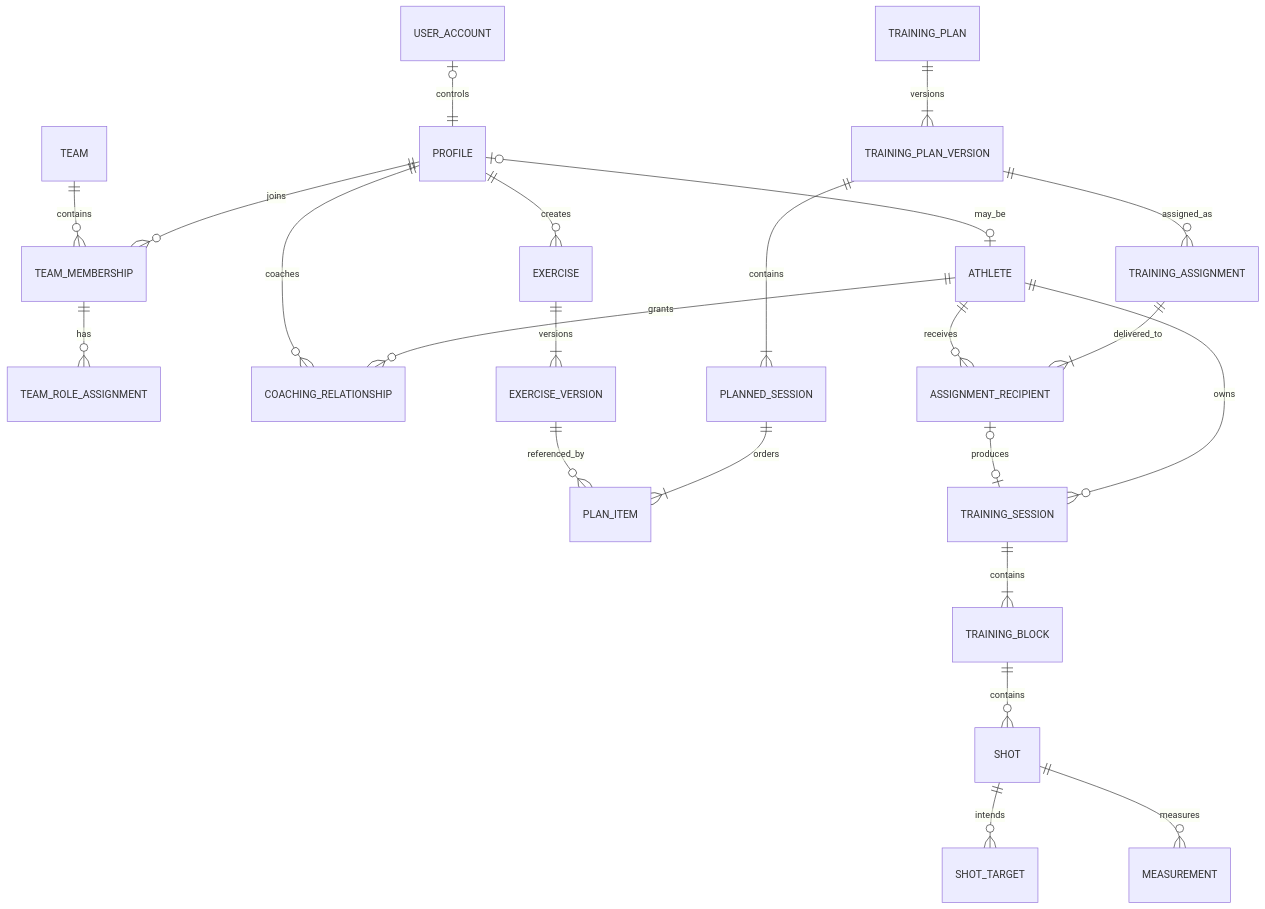
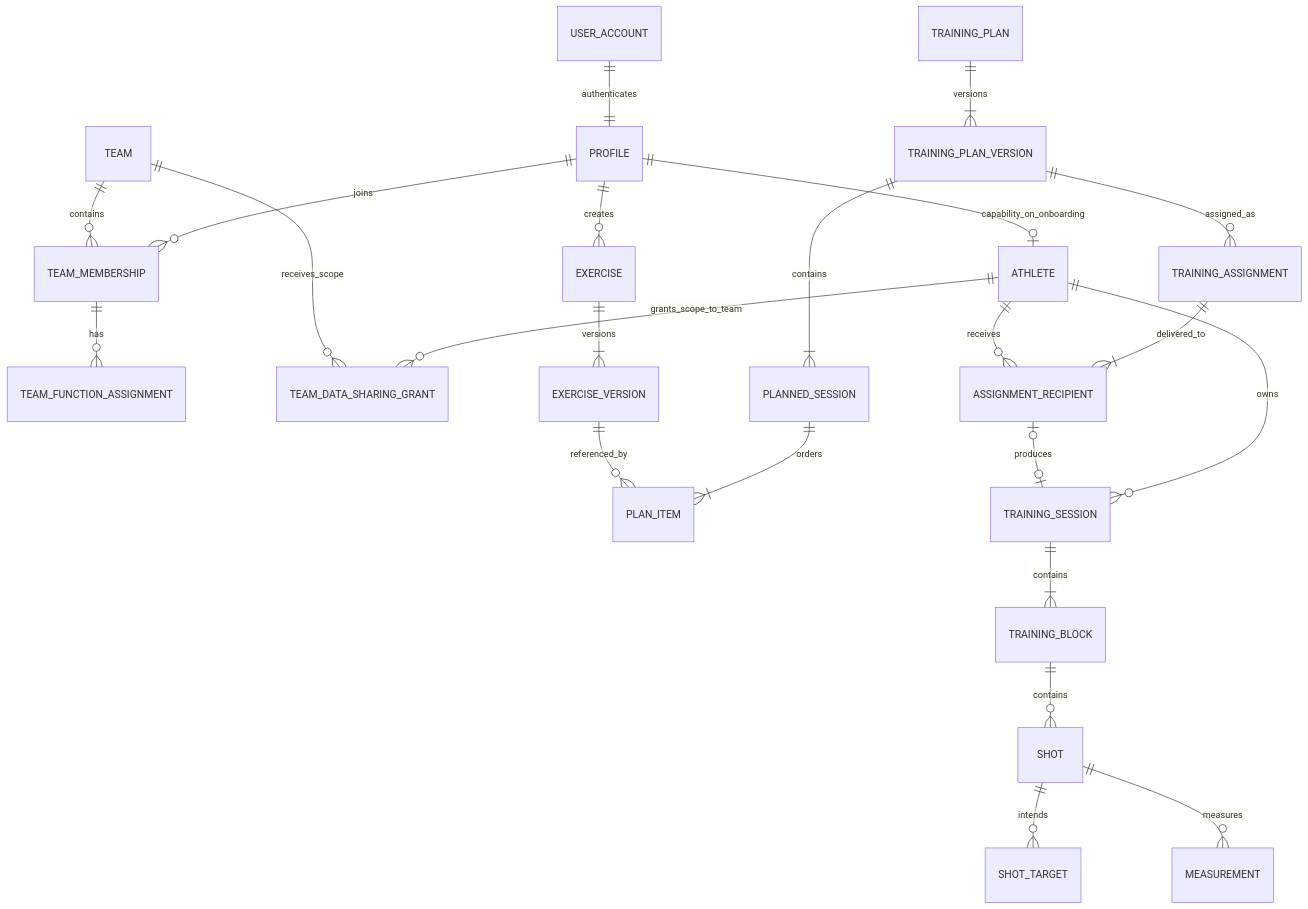
Before and after one commit to timmihendrix1/curling-release-tracker: the second of 2 diagrams in docs/CLOUD_IDENTITY_AND_COLLABORATION_ARCHITECTURE.md, drawn with Mermaid. The commit also changed other lines of this file and 29 other files, not shown here.

````diff
--- a/docs/CLOUD_IDENTITY_AND_COLLABORATION_ARCHITECTURE.md
+++ b/docs/CLOUD_IDENTITY_AND_COLLABORATION_ARCHITECTURE.md
@@ -765,27 +934,27 @@
 ```mermaid
 erDiagram
-    USER_ACCOUNT o|--|| PROFILE : controls
-    PROFILE o|--o| ATHLETE : may_be
+    USER_ACCOUNT ||--|| PROFILE : authenticates
+    PROFILE ||--o| ATHLETE : capability_on_onboarding
     PROFILE ||--o{ TEAM_MEMBERSHIP : joins
     TEAM ||--o{ TEAM_MEMBERSHIP : contains
-    TEAM_MEMBERSHIP ||--o{ TEAM_ROLE_ASSIGNMENT : has
-    ATHLETE ||--o{ COACHING_RELATIONSHIP : grants
-    PROFILE ||--o{ COACHING_RELATIONSHIP : coaches
+    TEAM_MEMBERSHIP ||--o{ TEAM_FUNCTION_ASSIGNMENT : has
+    ATHLETE ||--o{ TEAM_DATA_SHARING_GRANT : grants_scope_to_team
+    TEAM ||--o{ TEAM_DATA_SHARING_GRANT : receives_scope
 
     PROFILE ||--o{ EXERCISE : creates
     EXERCISE ||--|{ EXERCISE_VERSION : versions
     TRAINING_PLAN ||--|{ TRAINING_PLAN_VERSION : versions
     TRAINING_PLAN_VERSION ||--|{ PLANNED_SESSION : contains
     PLANNED_SESSION ||--|{ PLAN_ITEM : orders
     EXERCISE_VERSION ||--o{ PLAN_ITEM : referenced_by
 
     TRAINING_PLAN_VERSION ||--o{ TRAINING_ASSIGNMENT : assigned_as
     TRAINING_ASSIGNMENT ||--|{ ASSIGNMENT_RECIPIENT : delivered_to
     ATHLETE ||--o{ ASSIGNMENT_RECIPIENT : receives
     ATHLETE ||--o{ TRAINING_SESSION : owns
     ASSIGNMENT_RECIPIENT o|--o| TRAINING_SESSION : produces
     TRAINING_SESSION ||--|{ TRAINING_BLOCK : contains
     TRAINING_BLOCK ||--o{ SHOT : contains
     SHOT ||--o{ SHOT_TARGET : intends
     SHOT ||--o{ MEASUREMENT : measures
 ```
````
